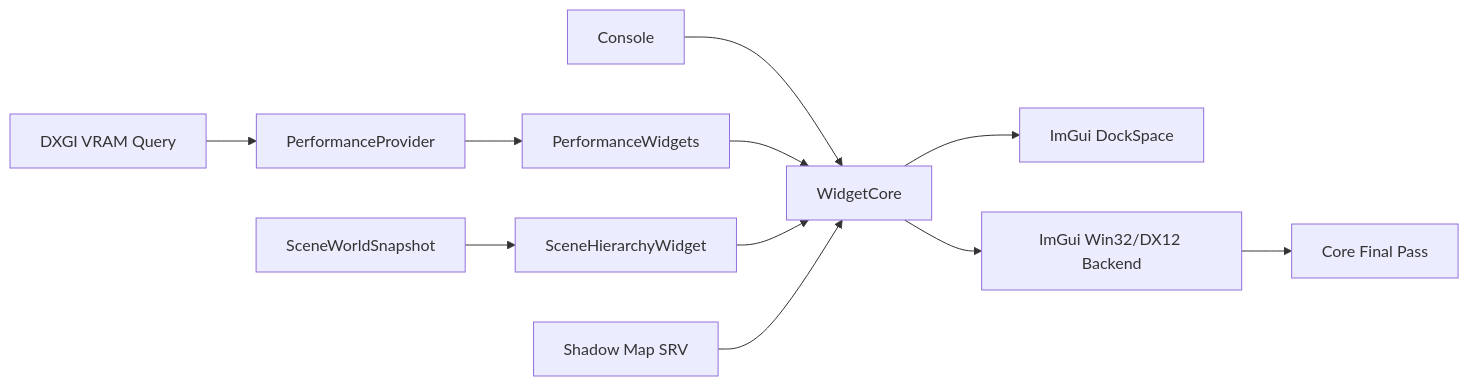
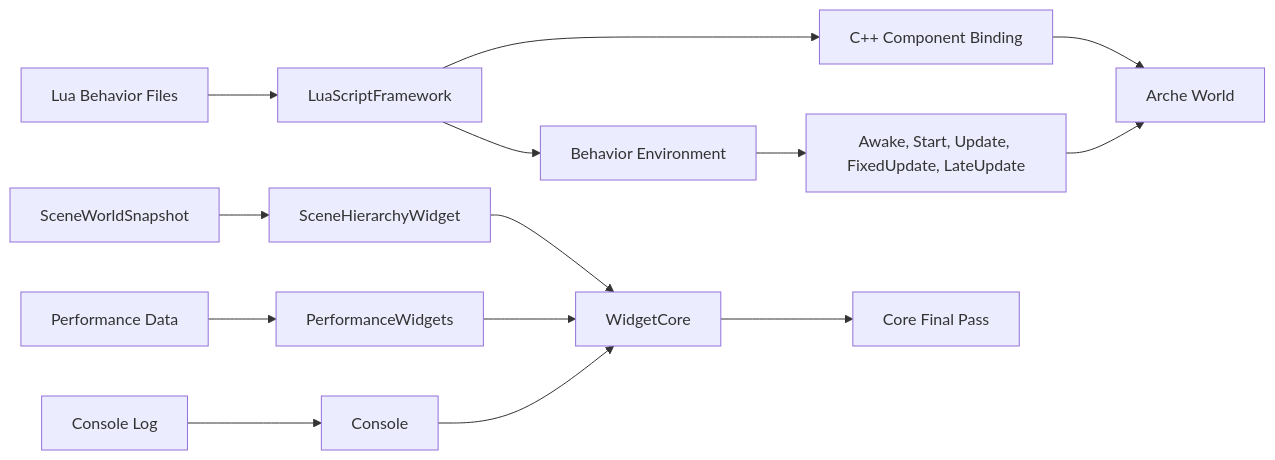
The eighth of 8 diagrams in Readme.md (wewe231223/2026_Graphics), drawn with Mermaid before and after one commit. The commit also changed other lines of this file, not shown here.

````diff
--- a/Readme.md
+++ b/Readme.md
@@ -452,13 +428,17 @@
 ```mermaid
 flowchart LR
-    WidgetCore["WidgetCore"] --> DockSpace["ImGui DockSpace"]
-    Console["Console"] --> WidgetCore
-    PerformanceProvider["PerformanceProvider"] --> PerformanceWidgets["PerformanceWidgets"]
+    LuaFiles["Lua Behavior Files"] --> LuaFramework["LuaScriptFramework"]
+    LuaFramework --> BehaviorEnv["Behavior Environment"]
+    LuaFramework --> ComponentBinding["C++ Component Binding"]
+    ComponentBinding --> ArcheWorld["Arche World"]
+    BehaviorEnv --> Lifecycle["Awake, Start, Update, FixedUpdate, LateUpdate"]
+    Lifecycle --> ArcheWorld
+
+    SceneSnapshot["SceneWorldSnapshot"] --> SceneHierarchy["SceneHierarchyWidget"]
+    PerformanceData["Performance Data"] --> PerformanceWidgets["PerformanceWidgets"]
+    ConsoleLog["Console Log"] --> Console["Console"]
+    SceneHierarchy --> WidgetCore["WidgetCore"]
     PerformanceWidgets --> WidgetCore
-    SceneSnapshot["SceneWorldSnapshot"] --> SceneHierarchy["SceneHierarchyWidget"]
-    SceneHierarchy --> WidgetCore
-    VramQuery["DXGI VRAM Query"] --> PerformanceProvider
-    ShadowMap["Shadow Map SRV"] --> WidgetCore
-    WidgetCore --> ImGuiBackend["ImGui Win32/DX12 Backend"]
-    ImGuiBackend --> CorePass["Core Final Pass"]
+    Console --> WidgetCore
+    WidgetCore --> CorePass["Core Final Pass"]
 ```
````
